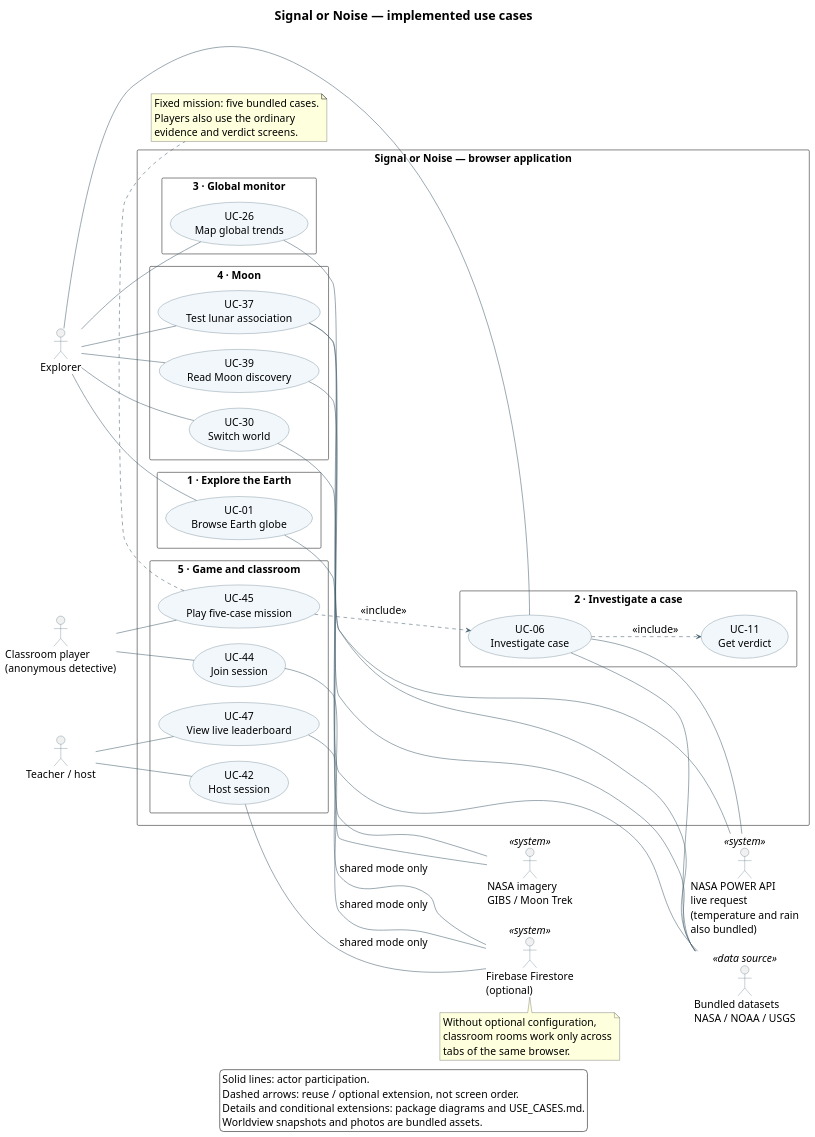
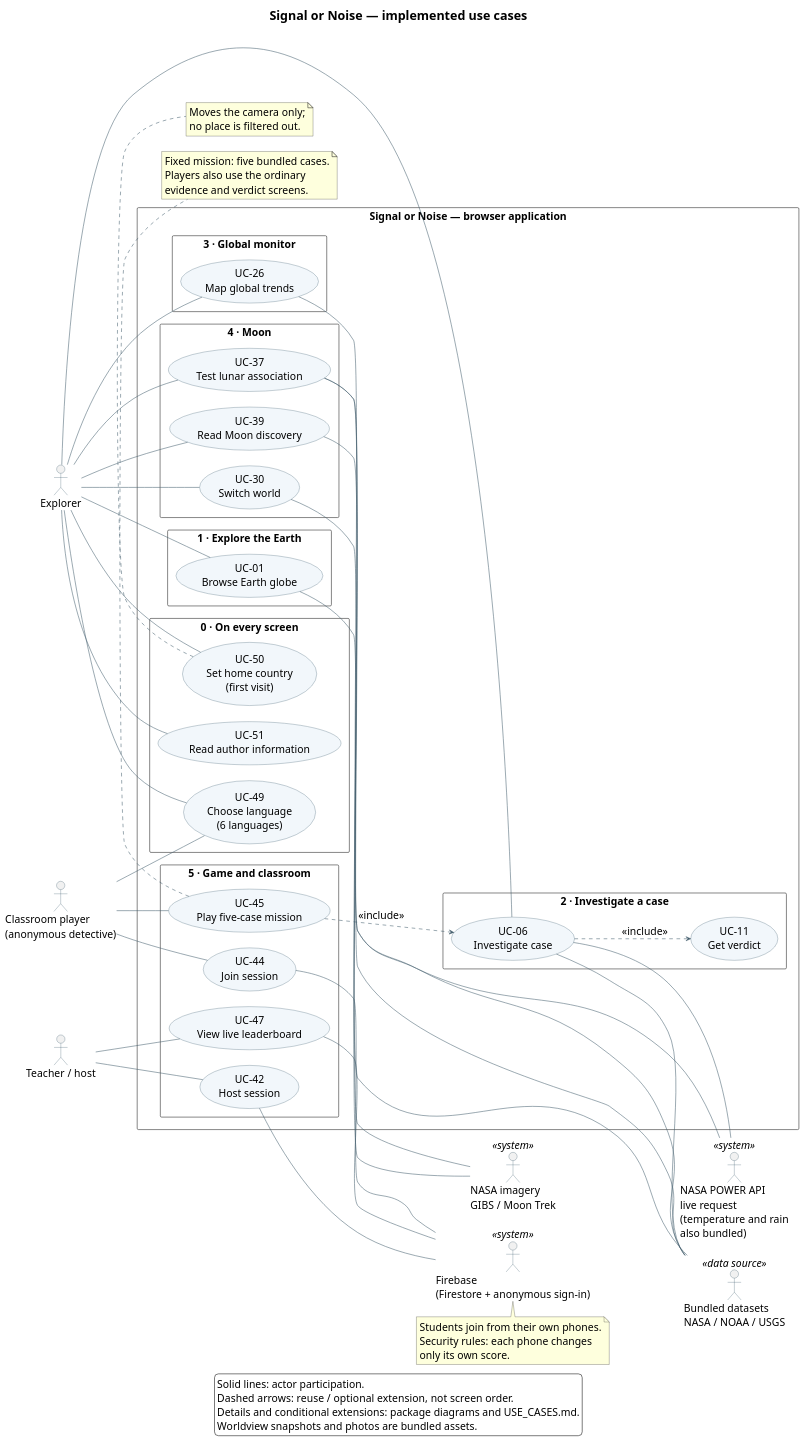
The diagram in docs/diagrams/00_overview.puml (ThatGust/NASA-glaciers-2026-detective), drawn with PlantUML before and after one commit. The commit also changed 10 other files, not shown here.

Commit message:
Diagramas de casos de uso: idiomas, pais inicial, panel de autor y aula con Firebase

```diff
--- a/docs/diagrams/00_overview.puml
+++ b/docs/diagrams/00_overview.puml
@@ -1,92 +1,105 @@
 @startuml
 left to right direction
 skinparam backgroundColor white
 skinparam shadowing false
 skinparam defaultFontName SansSerif
 skinparam defaultFontSize 20
 skinparam ActorStereotypeFontSize 20
 skinparam UsecaseStereotypeFontSize 20
 skinparam TitleFontSize 24
 skinparam ArrowFontSize 20
 skinparam NoteFontSize 20
 skinparam LegendFontSize 20
 skinparam packageStyle rectangle
 skinparam usecaseBackgroundColor #F2F7FB
 skinparam usecaseBorderColor #23475B
 skinparam actorBorderColor #23475B
 skinparam ArrowColor #405B6B
 skinparam nodesep 30
 skinparam ranksep 45
 title Signal or Noise — implemented use cases
 
 actor Explorer as E
 actor "Classroom player\n(anonymous detective)" as P
 actor "Teacher / host" as H
 actor "NASA POWER API\nlive request\n(temperature and rain\nalso bundled)" as POWER <<system>>
 actor "NASA imagery\nGIBS / Moon Trek" as IMG <<system>>
 actor "Bundled datasets\nNASA / NOAA / USGS" as DATA <<data source>>
-actor "Firebase Firestore\n(optional)" as FB <<system>>
+actor "Firebase\n(Firestore + anonymous sign-in)" as FB <<system>>
 
 rectangle "Signal or Noise — browser application" {
+  package "0 · On every screen" {
+    usecase "UC-49\nChoose language\n(6 languages)" as U49
+    usecase "UC-50\nSet home country\n(first visit)" as U50
+    usecase "UC-51\nRead author information" as U51
+  }
   package "1 · Explore the Earth" {
     usecase "UC-01\nBrowse Earth globe" as U1
   }
   package "2 · Investigate a case" {
     usecase "UC-06\nInvestigate case" as U6
     usecase "UC-11\nGet verdict" as U11
     U6 ..> U11 : <<include>>
   }
   package "3 · Global monitor" {
     usecase "UC-26\nMap global trends" as U26
   }
   package "4 · Moon" {
     usecase "UC-30\nSwitch world" as U30
     usecase "UC-37\nTest lunar association" as U37
     usecase "UC-39\nRead Moon discovery" as U39
   }
   package "5 · Game and classroom" {
     usecase "UC-42\nHost session" as U42
     usecase "UC-44\nJoin session" as U44
     usecase "UC-45\nPlay five-case mission" as U45
     usecase "UC-47\nView live leaderboard" as U47
   }
 }
 E -- U1
 E -- U6
 E -- U26
 E -- U30
 E -- U37
 E -- U39
 P -- U44
+E -- U49
+P -- U49
+E -- U50
+E -- U51
 P -- U45
 H -- U42
 H -- U47
 U45 ..> U6 : <<include>>
 U6 -- POWER
 U1 -- IMG
 U30 -- IMG
 U6 -- DATA
 U26 -- DATA
 U37 -- DATA
 U37 -- POWER
 U39 -- DATA
-U42 -- FB : shared mode only
-U44 -- FB : shared mode only
-U47 -- FB : shared mode only
+U42 -- FB
+U44 -- FB
+U47 -- FB
 note bottom of U45
   Fixed mission: five bundled cases.
   Players also use the ordinary
   evidence and verdict screens.
 end note
 note bottom of FB
-  Without optional configuration,
-  classroom rooms work only across
-  tabs of the same browser.
+  Students join from their own phones.
+  Security rules: each phone changes
+  only its own score.
+end note
+note bottom of U50
+  Moves the camera only;
+  no place is filtered out.
 end note
 legend bottom
   Solid lines: actor participation.
   Dashed arrows: reuse / optional extension, not screen order.
   Details and conditional extensions: package diagrams and USE_CASES.md.
   Worldview snapshots and photos are bundled assets.
 endlegend
 @enduml
```
